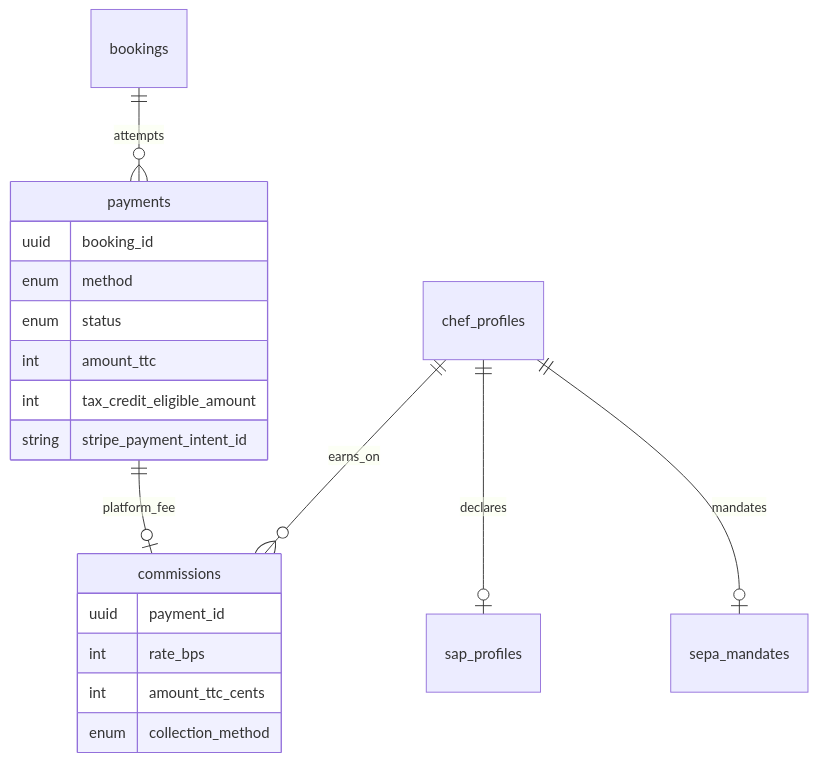
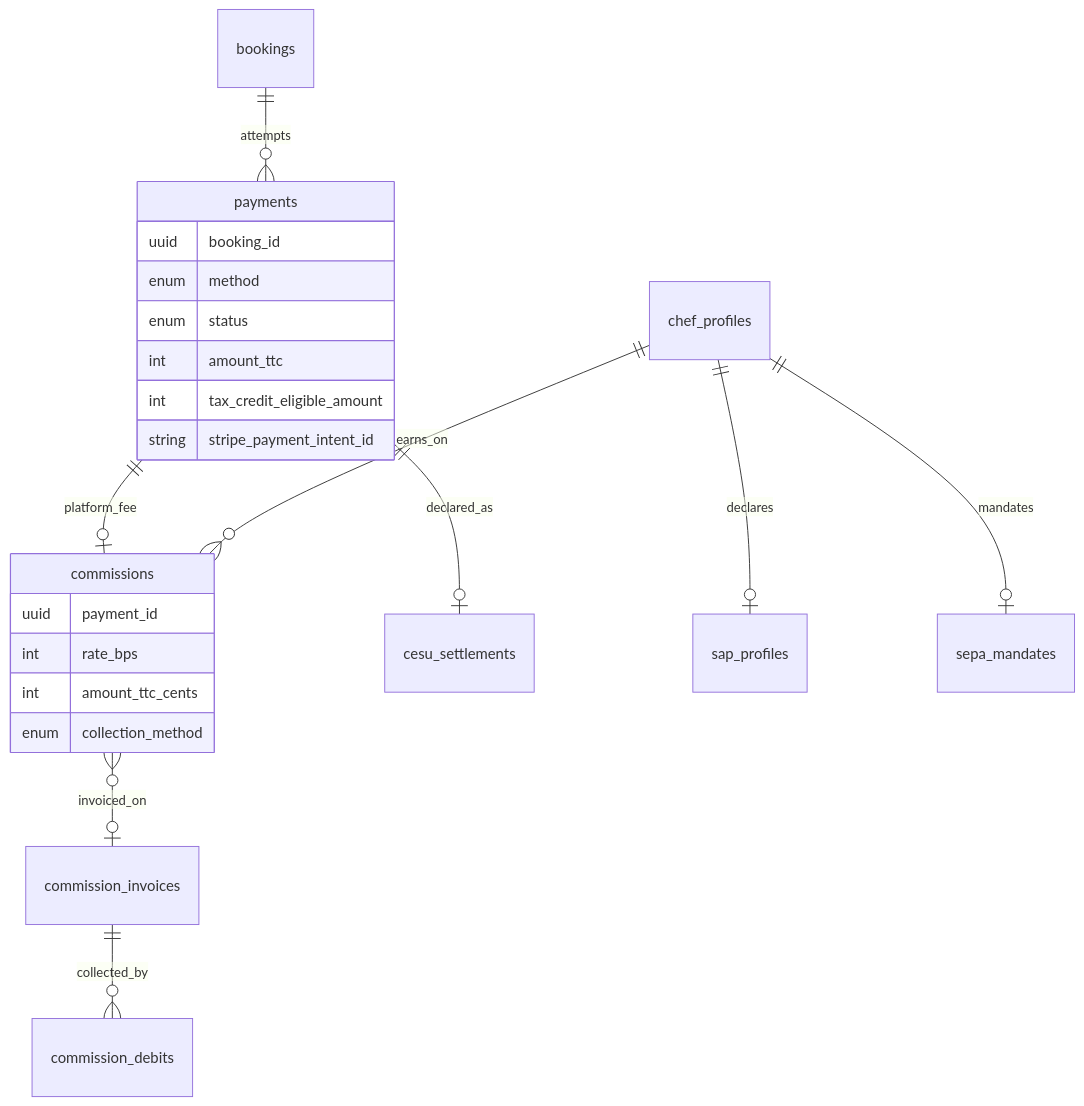
Before and after one commit to LabsFood/LF-BackEnd: the third of 4 diagrams in docs/architecture.md, drawn with Mermaid. The commit also changed other lines of this file and 11 other files, not shown here.

````diff
--- a/docs/architecture.md
+++ b/docs/architecture.md
@@ -158,23 +166,26 @@
 ```mermaid
 erDiagram
     bookings ||--o{ payments : "attempts"
     payments ||--o| commissions : "platform_fee"
+    payments ||--o| cesu_settlements : "declared_as"
+    commissions }o--o| commission_invoices : "invoiced_on"
+    commission_invoices ||--o{ commission_debits : "collected_by"
     chef_profiles ||--o{ commissions : "earns_on"
     chef_profiles ||--o| sap_profiles : "declares"
     chef_profiles ||--o| sepa_mandates : "mandates"
 
     payments {
       uuid booking_id
       enum method
       enum status
       int amount_ttc
       int tax_credit_eligible_amount
       string stripe_payment_intent_id
     }
     commissions {
       uuid payment_id
       int rate_bps
       int amount_ttc_cents
       enum collection_method
     }
 ```
````
